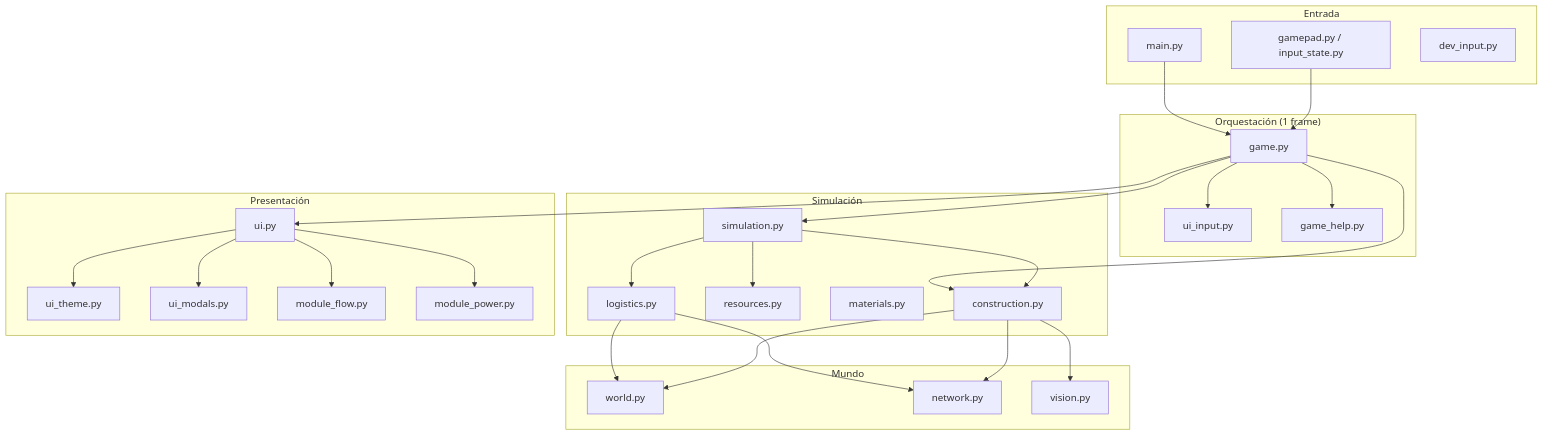
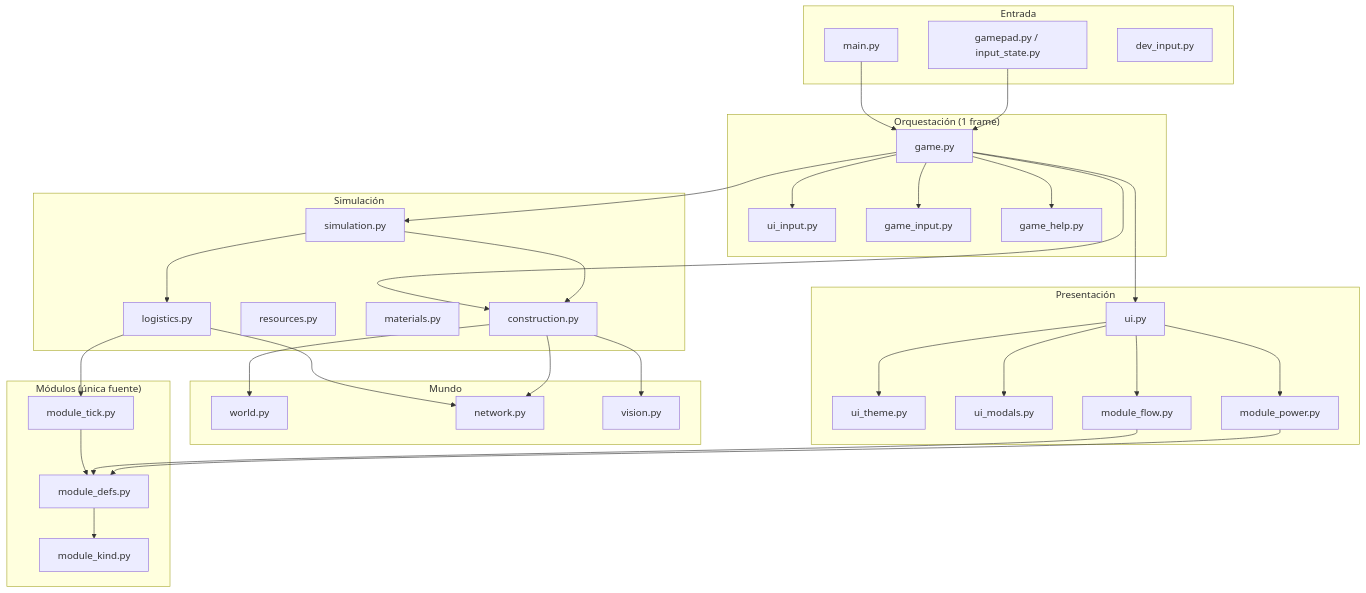
One commit to ozkar-co/solitudine changed the diagram in docs/arquitectura.md. Above: the diagram before and after it, drawn with Mermaid. The commit also changed other lines of this file and 16 other files, not shown here.

First line of the commit message:
Unify module resource flows in module_defs and module_tick.

````diff
--- a/docs/arquitectura.md
+++ b/docs/arquitectura.md
@@ -20,56 +20,67 @@
 ```mermaid
 flowchart TB
     subgraph entrada["Entrada"]
         main["main.py"]
         gamepad["gamepad.py / input_state.py"]
         dev["dev_input.py"]
     end
 
     subgraph orquestacion["Orquestación (1 frame)"]
         game["game.py"]
         ui_input["ui_input.py"]
+        game_input["game_input.py"]
         game_help["game_help.py"]
+    end
+
+    subgraph modulos["Módulos (única fuente)"]
+        module_kind["module_kind.py"]
+        module_defs["module_defs.py"]
+        module_tick["module_tick.py"]
     end
 
     subgraph sim["Simulación"]
         simulation["simulation.py"]
         logistics["logistics.py"]
         resources["resources.py"]
         materials["materials.py"]
         construction["construction.py"]
     end
 
     subgraph mundo["Mundo"]
         world["world.py"]
         network["network.py"]
         vision["vision.py"]
     end
 
     subgraph presentacion["Presentación"]
         ui["ui.py"]
         ui_theme["ui_theme.py"]
         ui_modals["ui_modals.py"]
         module_flow["module_flow.py"]
         module_power["module_power.py"]
     end
 
     main --> game
     game --> ui_input
     game --> simulation
     game --> construction
     game --> ui
+    game --> game_input
     game --> game_help
     simulation --> logistics
-    simulation --> resources
     simulation --> construction
-    logistics --> world
+    logistics --> module_tick
+    module_tick --> module_defs
+    module_defs --> module_kind
+    module_flow --> module_defs
+    module_power --> module_defs
     logistics --> network
     construction --> world
     construction --> network
     construction --> vision
     ui --> ui_theme
     ui --> ui_modals
     ui --> module_flow
     ui --> module_power
     gamepad --> game
 ```
````
